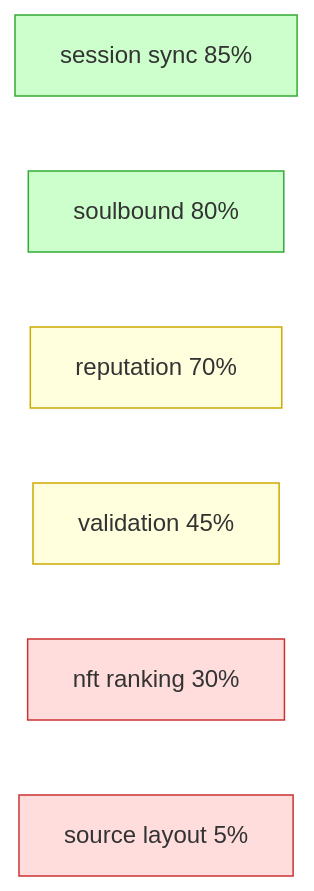
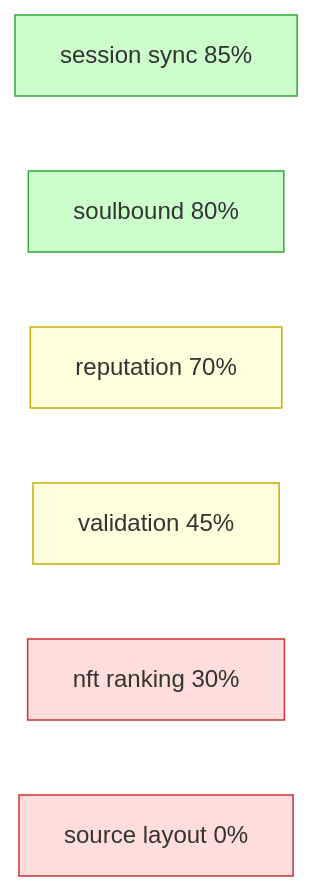
Before and after one commit to IQCoreTeam/AgentNet: the second of 3 diagrams in plans/00-overview.md, drawn with Mermaid. The commit also changed other lines of this file and 1 other file, not shown here.

````diff
--- a/plans/00-overview.md
+++ b/plans/00-overview.md
@@ -106,12 +135,12 @@
 ```mermaid
 flowchart LR
     S1["session sync 85%"]:::g
     S2["soulbound 80%"]:::g
     S3["reputation 70%"]:::y
     S4["validation 45%"]:::y
     S5["nft ranking 30%"]:::r
-    S6["source layout 5%"]:::r
+    S6["source layout 0%"]:::r
     classDef g fill:#cfc,stroke:#3a3
     classDef y fill:#ffd,stroke:#ca0
     classDef r fill:#fdd,stroke:#c33
 ```
````
